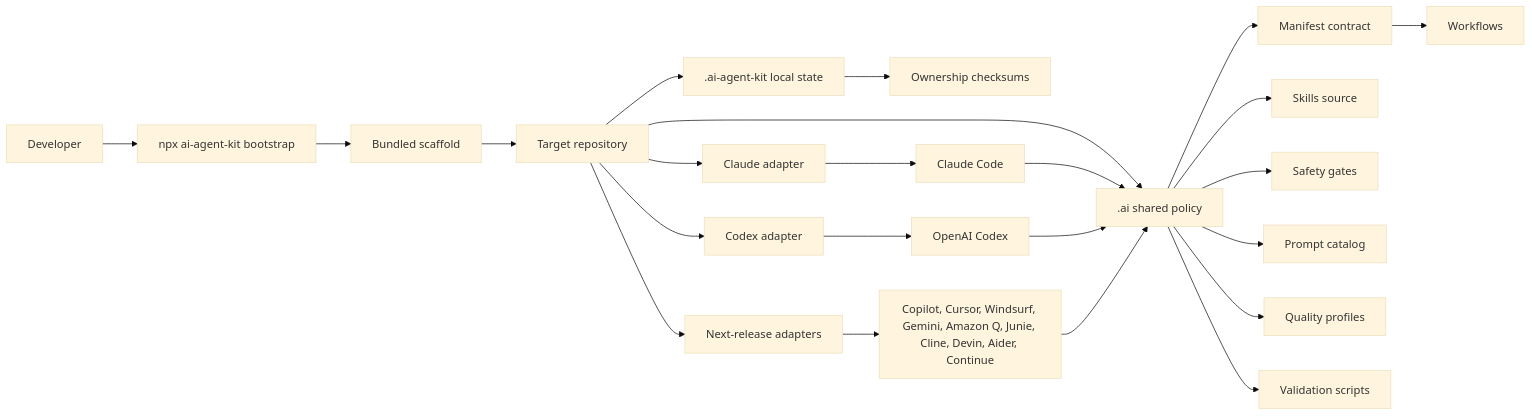
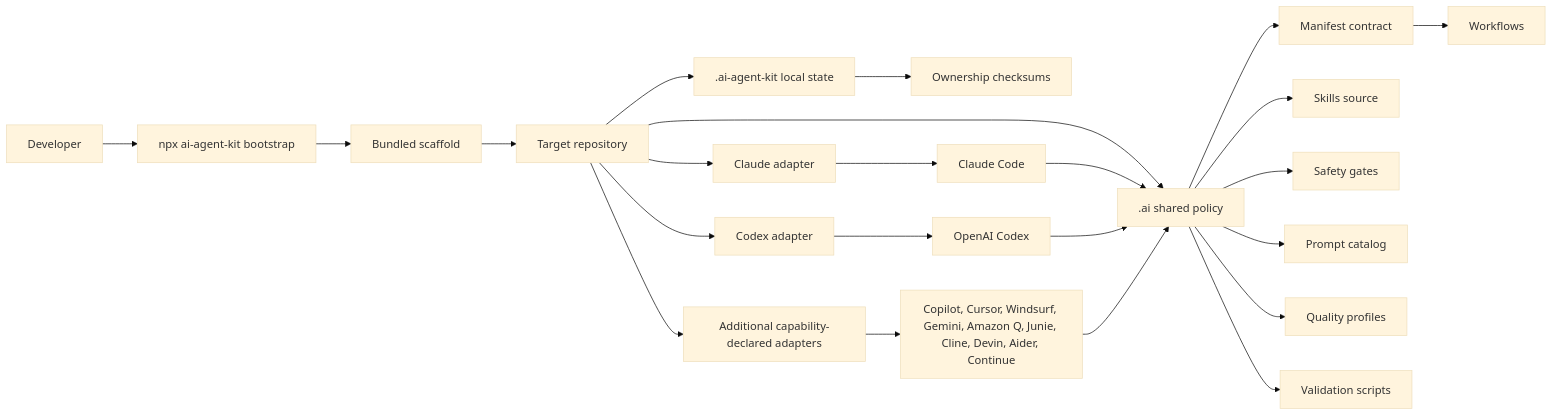
One commit to phamhungptithcm/ai-agent-kit changed the second of 13 diagrams in docs/HIGH_LEVEL_DESIGN.md. Above: the diagram before and after it, drawn with Mermaid (base theme). The commit also changed other lines of this file and 107 other files, not shown here.

````diff
--- a/docs/HIGH_LEVEL_DESIGN.md
+++ b/docs/HIGH_LEVEL_DESIGN.md
@@ -17,29 +39,29 @@
 ```mermaid
 flowchart LR
   Dev[Developer] --> CLI[npx ai-agent-kit bootstrap]
   CLI --> Scaffold[Bundled scaffold]
   Scaffold --> TargetRepo[Target repository]
 
   TargetRepo --> AI[.ai shared policy]
   TargetRepo --> Claude[Claude adapter]
   TargetRepo --> Codex[Codex adapter]
-  TargetRepo --> Other[Next-release adapters]
+  TargetRepo --> Other[Additional capability-declared adapters]
   TargetRepo --> LocalState[.ai-agent-kit local state]
   LocalState --> Ownership[Ownership checksums]
 
   AI --> Contract[Manifest contract]
   Contract --> Workflows[Workflows]
   AI --> Skills[Skills source]
   AI --> Guards[Safety gates]
   AI --> Prompts[Prompt catalog]
   AI --> QualityProfiles[Quality profiles]
   AI --> Validators[Validation scripts]
 
   Claude --> ClaudeCode[Claude Code]
   Codex --> CodexAgent[OpenAI Codex]
   Other --> OtherAgents[Copilot, Cursor, Windsurf, Gemini, Amazon Q, Junie, Cline, Devin, Aider, Continue]
 
   ClaudeCode --> AI
   CodexAgent --> AI
   OtherAgents --> AI
 ```
````
